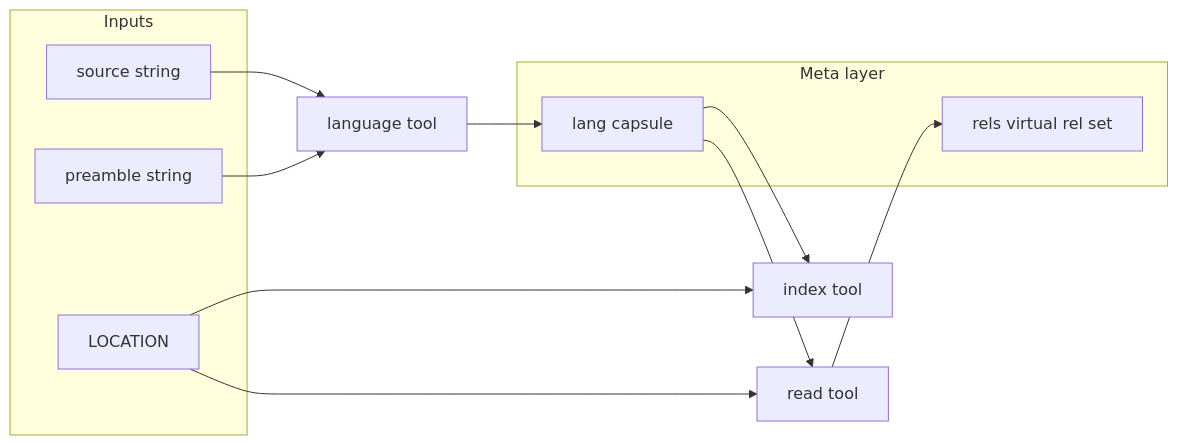
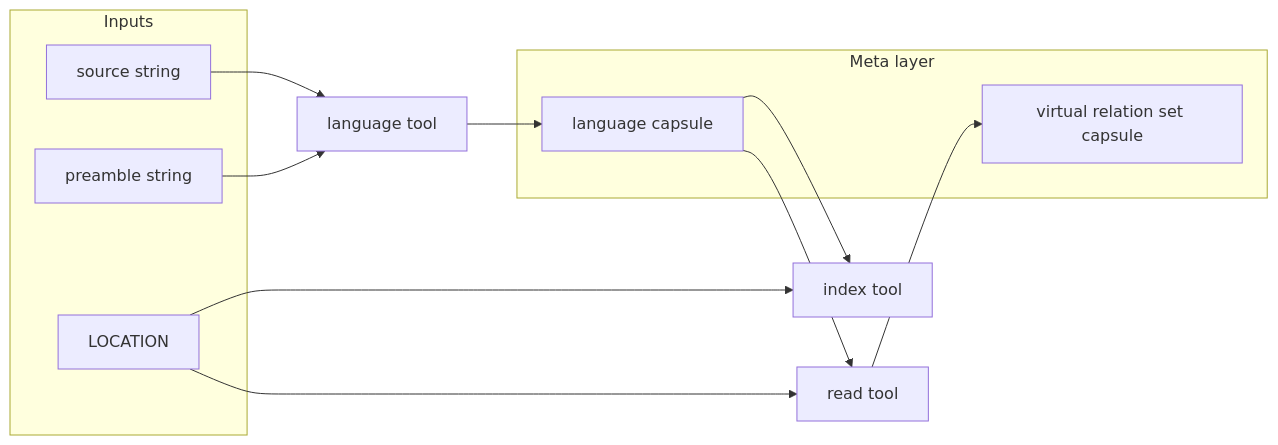
One commit to bahulneel/agent-brain-trust changed the diagram in docs/rpl/specification/meta-programming.md. Above: the diagram before and after it, drawn with Mermaid. The commit also changed other lines of this file, not shown here.

````diff
--- a/docs/rpl/specification/meta-programming.md
+++ b/docs/rpl/specification/meta-programming.md
@@ -283,20 +331,24 @@
 ```mermaid
 flowchart LR
   subgraph inputs [Inputs]
     SRC[source string]
     PRE[preamble string]
     LOC[LOCATION]
   end
+
   subgraph meta [Meta layer]
-    MLang[lang capsule]
-    MRels[rels virtual rel set]
+    MLang[language capsule]
+    MRels[virtual relation set capsule]
   end
+
   SRC --> LangTool[language tool]
   PRE --> LangTool
   LangTool --> MLang
+
   LOC --> ReadTool[read tool]
   MLang --> ReadTool
   ReadTool --> MRels
+
   LOC --> IndexTool[index tool]
   MLang --> IndexTool
 ```
````
